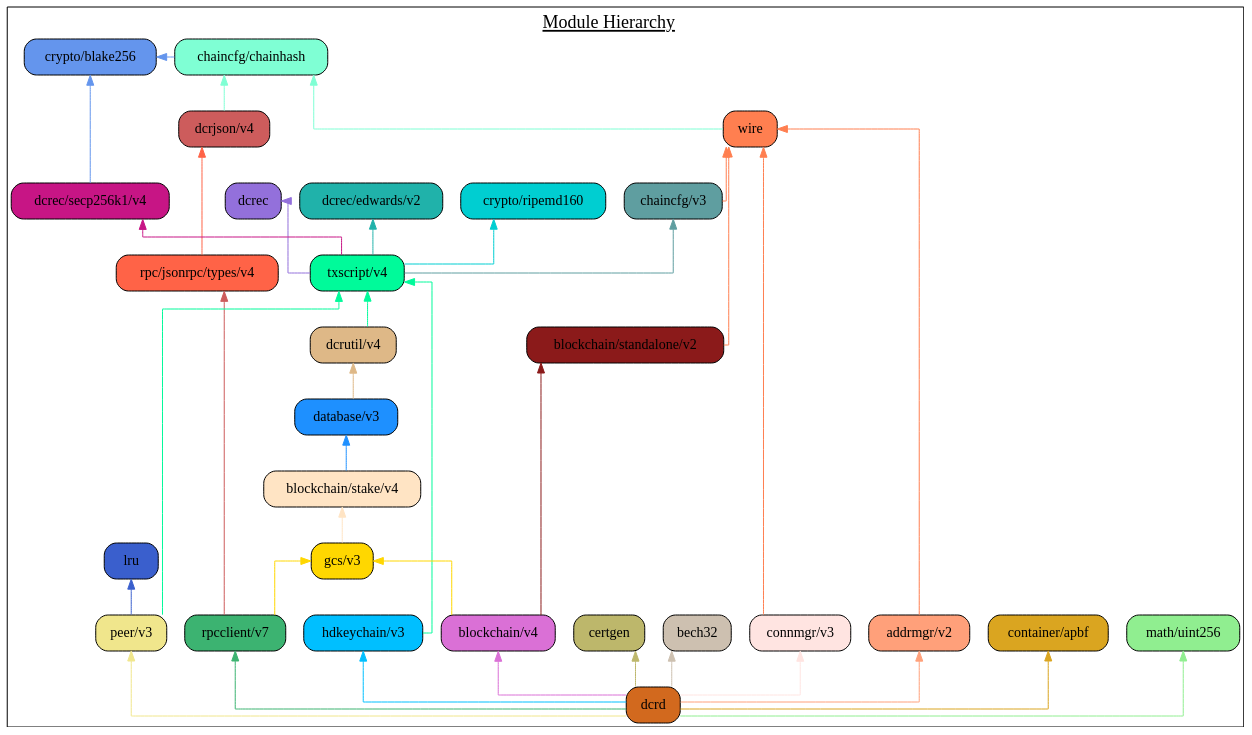
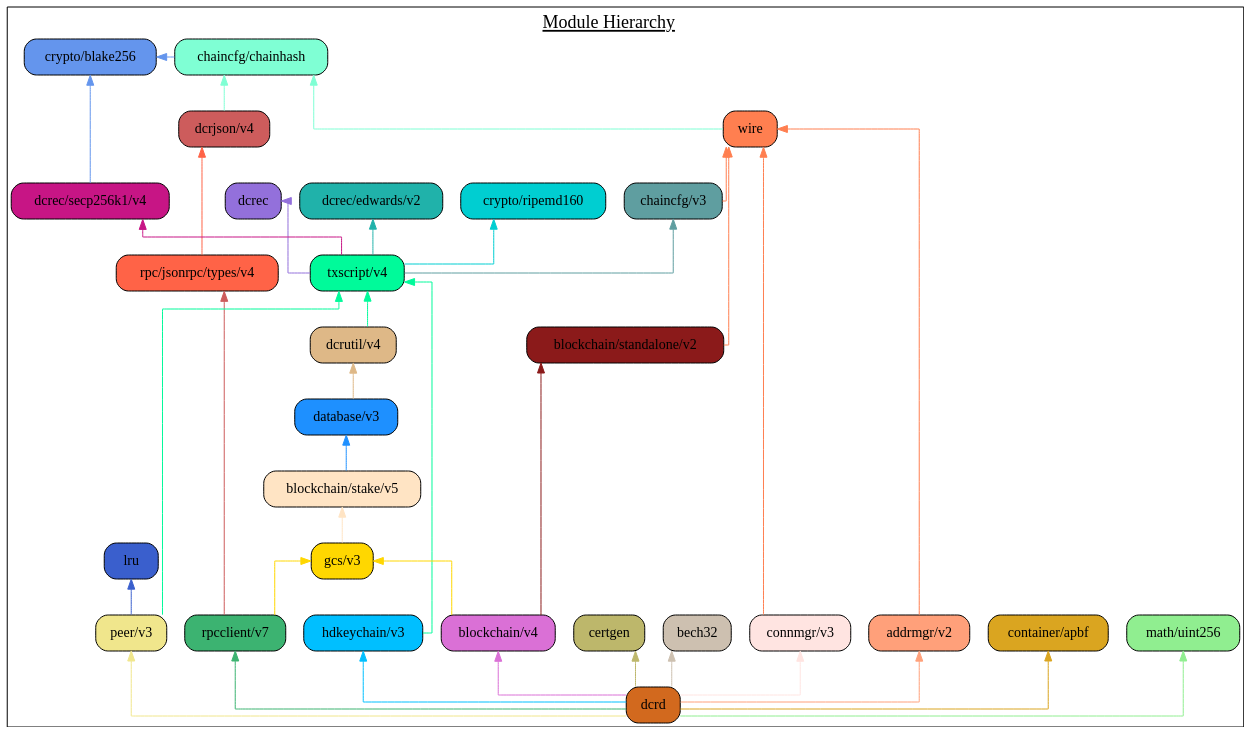
One commit to decred/dcrd changed the diagram in docs/assets/module_hierarchy.gv. Above: the diagram before and after it, drawn with Graphviz. The commit also changed 3 other files, not shown here.

First line of the commit message:
docs: Update for blockchain/stake v5 module.

```diff
--- a/docs/assets/module_hierarchy.gv
+++ b/docs/assets/module_hierarchy.gv
@@ -1,77 +1,77 @@
 digraph {
 	graph [splines=ortho colorscheme=svg label=<<u>Module Hierarchy</u>> labelloc=t fontsize=18.0]
 	node [shape=box style="filled, rounded"]
 
 	blake256 [label="crypto/blake256" fillcolor=cornflowerblue]
 	ripemd160 [label="crypto/ripemd160" fillcolor=darkturquoise]
 	certgen [label="certgen" fillcolor=darkkhaki]
 	bech32 [label="bech32" fillcolor=antiquewhite3]
 	chainhash [label="chaincfg/chainhash" fillcolor=aquamarine]
 	dcrjson [label="dcrjson/v4" fillcolor=indianred]
 	types [label="rpc/jsonrpc/types/v4" fillcolor=tomato]
 	wire [label="wire" fillcolor=coral]
 	addrmgr [label="addrmgr/v2" fillcolor=lightsalmon]
 	chaincfg [label="chaincfg/v3" fillcolor=cadetblue]
 	connmgr [label="connmgr/v3" fillcolor=mistyrose]
 	dcrec [label="dcrec" fillcolor=mediumpurple]
 	edwards [label="dcrec/edwards/v2" fillcolor=lightseagreen]
 	secp256k1 [label="dcrec/secp256k1/v4" fillcolor=mediumvioletred]
 	dcrutil [label="dcrutil/v4" fillcolor=burlywood]
 	database [label="database/v3" fillcolor=dodgerblue]
 	hdkeychain [label="hdkeychain/v3" fillcolor=deepskyblue]
 	txscript [label="txscript/v4" fillcolor=mediumspringgreen]
-	stake [label="blockchain/stake/v4" fillcolor=bisque]
+	stake [label="blockchain/stake/v5" fillcolor=bisque]
 	standalone [label="blockchain/standalone/v2" fillcolor=firebrick4]
 	gcs [label="gcs/v3" fillcolor=gold]
 	blockchain [label="blockchain/v4" fillcolor=orchid]
 	lru [label="lru" fillcolor=royalblue3]
 	peer [label="peer/v3" fillcolor=khaki]
 	rpcclient [label="rpcclient/v7" fillcolor=mediumseagreen]
 	apbf [label="container/apbf" fillcolor=goldenrod]
 	uint256  [label="math/uint256" fillcolor=lightgreen]
 	dcrd [label="dcrd" fillcolor=chocolate]
 
 	{rank=same blake256 chainhash}
 	{rank=same dcrec secp256k1}
 	{rank=same connmgr addrmgr hdkeychain peer blockchain rpcclient}
 
 	certgen
 	bech32
 	blake256 -> chainhash [dir=back color=cornflowerblue]
 	blake256 -> secp256k1 [dir=back color=cornflowerblue]
 	chaincfg -> txscript [dir=back color=cadetblue]
 	chainhash -> dcrjson [dir=back color=aquamarine]
 	chainhash -> wire [dir=back color=aquamarine]
 	wire -> addrmgr [dir=back color=coral]
 	wire -> chaincfg [dir=back color=coral]
 	wire -> connmgr [dir=back color=coral]
 	wire -> standalone [dir=back color=coral]
 	ripemd160 -> txscript [dir=back color=darkturquoise]
 	dcrec -> txscript [dir=back color=mediumpurple]
 	edwards -> txscript [dir=back color=lightseagreen]
 	secp256k1 -> txscript [dir=back color=mediumvioletred]
 	txscript -> dcrutil [dir=back color=mediumspringgreen]
 	txscript -> hdkeychain [dir=back color=mediumspringgreen]
 	txscript -> peer [dir=back color=mediumspringgreen]
 	dcrutil -> database [dir=back color=burlywood]
 	database -> stake [dir=back color=dodgerblue]
 	stake -> gcs [dir=back color=bisque]
 	standalone -> blockchain [dir=back color=firebrick4]
 	gcs -> blockchain [dir=back color=gold]
 	gcs -> rpcclient [dir=back color=gold]
 
 	lru -> peer [dir=back color=royalblue3]
 	dcrjson -> types [dir=back color=tomato]
 	types -> rpcclient [dir=back color=indianred]
 
 	blockchain -> dcrd [dir=back color=orchid]
 	certgen -> dcrd [dir=back color=darkkhaki]
 	bech32 -> dcrd [dir=back color=antiquewhite3]
 	addrmgr -> dcrd [dir=back color=lightsalmon]
 	hdkeychain -> dcrd [dir=back color=deepskyblue]
 	connmgr -> dcrd [dir=back color=mistyrose]
 	rpcclient -> dcrd [dir=back color=mediumseagreen]
 	peer -> dcrd [dir=back color=khaki]
 	apbf -> dcrd [dir=back color=goldenrod]
 	uint256 -> dcrd [dir=back color=lightgreen]
 }
```
